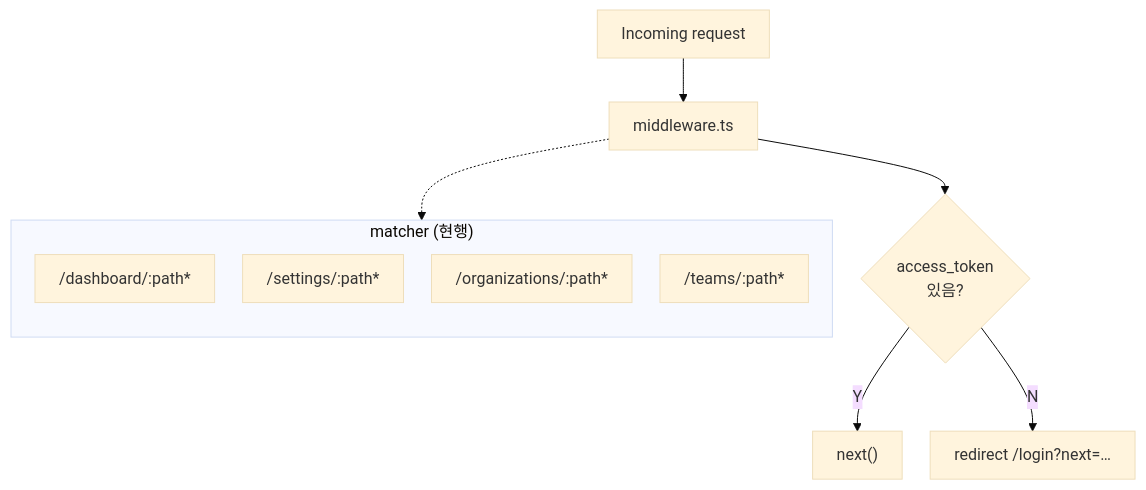
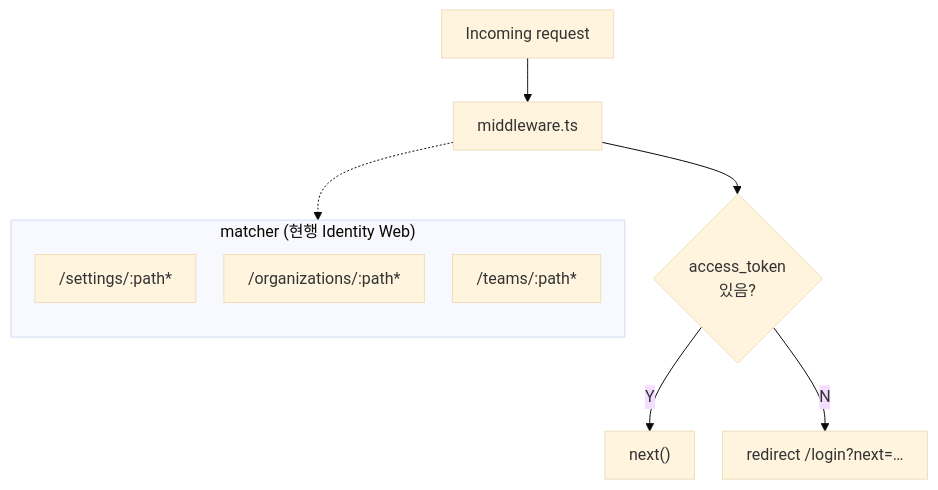
Diagram 11 of 11 in docs/c4-architecture-diagrams.md (Zero-Bug-Freinds/ai-api-usage-monitor), drawn with Mermaid (base theme) before and after one commit. The commit also changed other lines of this file and 1 other file, not shown here.

First line of the commit message:
[docs] C4 다이어그램과 KST 표시 반영

````diff
--- a/docs/c4-architecture-diagrams.md
+++ b/docs/c4-architecture-diagrams.md
@@ -489,24 +525,23 @@
 ```mermaid
 %%{init: {'flowchart': {'nodeSpacing': 28, 'rankSpacing': 44, 'padding': 12}}}%%
 flowchart TD
   REQ["Incoming request"]
   MW["middleware.ts"]
   COOK{"access_token<br/>있음?"}
   NEXT["next()"]
   REDIR["redirect /login?next=…"]
 
   REQ --> MW
   MW --> COOK
   COOK -->|Y| NEXT
   COOK -->|N| REDIR
 
-  subgraph MT["matcher (현행)"]
+  subgraph MT["matcher (현행 Identity Web)"]
     direction TB
-    M1["/dashboard/:path*"]
     M2["/settings/:path*"]
     M3["/organizations/:path*"]
     M4["/teams/:path*"]
   end
 
   MW -.-> MT
 ```
````
